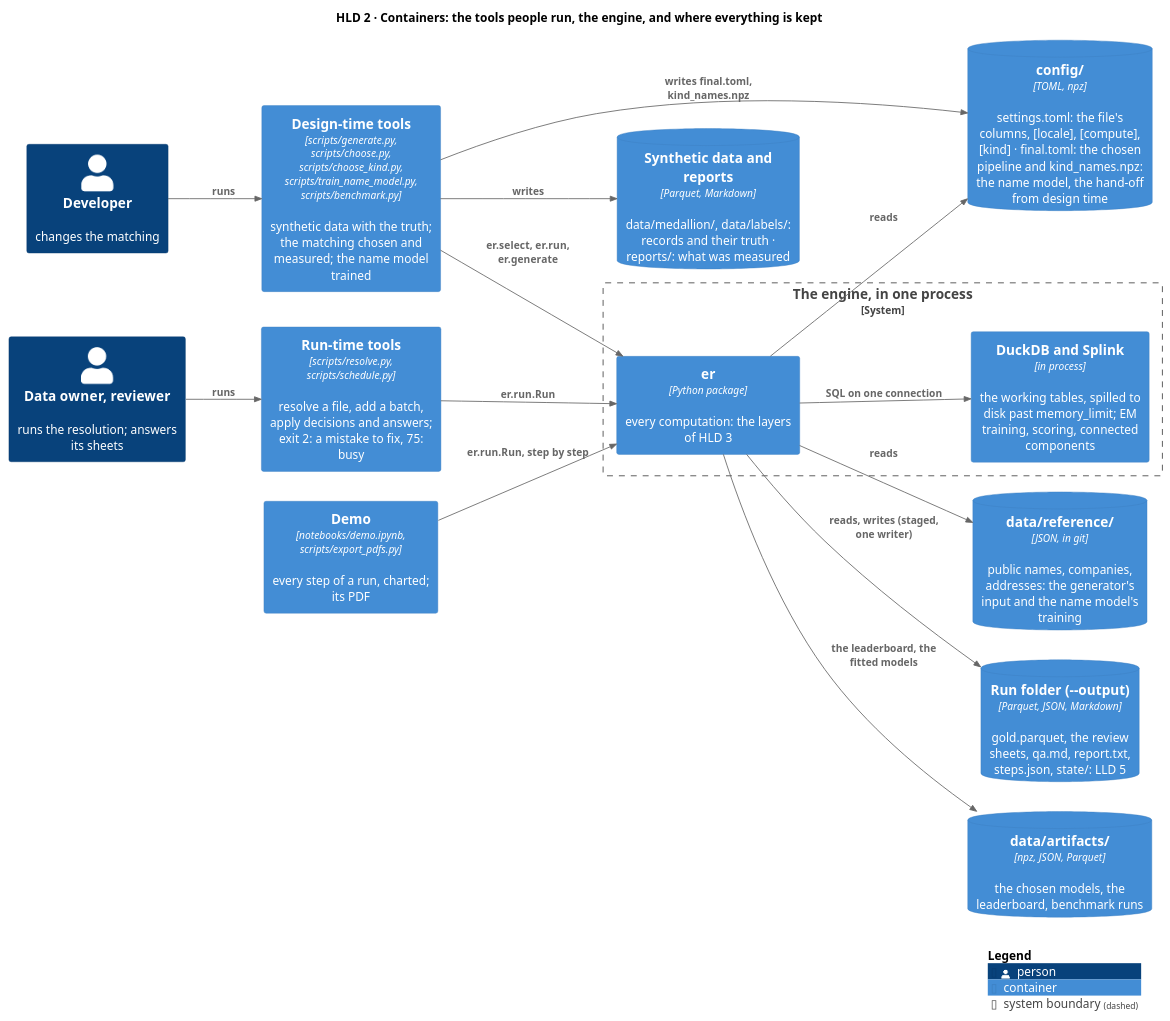
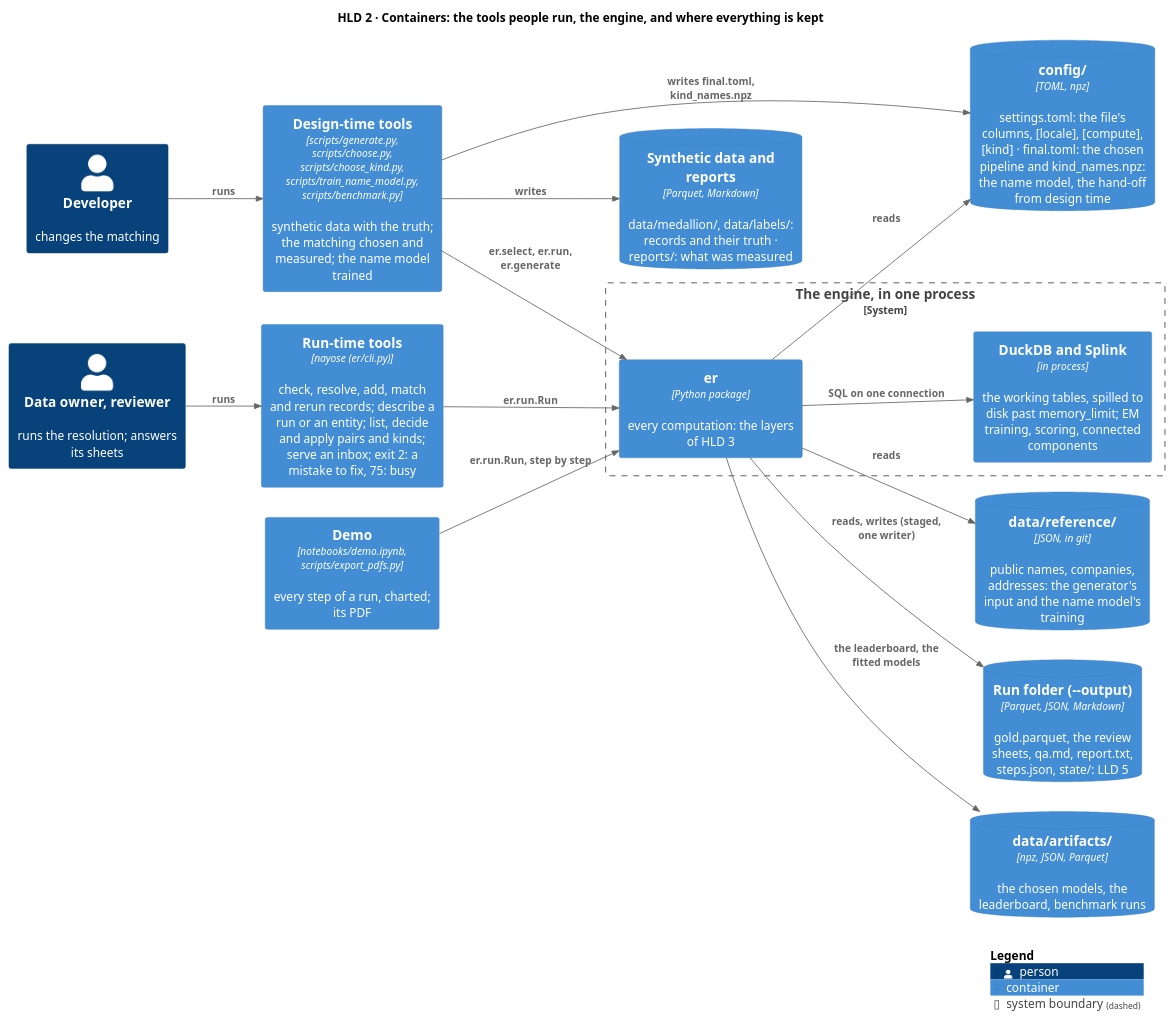
Before and after one commit to mvsbm/entity_matching: the diagram in docs/diagrams/containers.puml, drawn with PlantUML. The commit also changed 48 other files, not shown here.

```diff
--- a/docs/diagrams/containers.puml
+++ b/docs/diagrams/containers.puml
@@ -1,39 +1,39 @@
 @startuml containers
 !include <C4/C4_Container>
 LAYOUT_LEFT_RIGHT()
 HIDE_STEREOTYPE()
 title HLD 2 · Containers: the tools people run, the engine, and where everything is kept
 
 Person(owner, "Data owner, reviewer", "runs the resolution; answers its sheets")
 Person(developer, "Developer", "changes the matching")
 
-Container(runtime, "Run-time tools", "scripts/resolve.py, scripts/schedule.py", "resolve a file, add a batch, apply decisions and answers; exit 2: a mistake to fix, 75: busy")
+Container(runtime, "Run-time tools", "nayose (er/cli.py)", "check, resolve, add, match and rerun records; describe a run or an entity; list, decide and apply pairs and kinds; serve an inbox; exit 2: a mistake to fix, 75: busy")
 Container(designtime, "Design-time tools", "scripts/generate.py, scripts/choose.py, scripts/choose_kind.py, scripts/train_name_model.py, scripts/benchmark.py", "synthetic data with the truth; the matching chosen and measured; the name model trained")
 Container(demo, "Demo", "notebooks/demo.ipynb, scripts/export_pdfs.py", "every step of a run, charted; its PDF")
 
 System_Boundary(engine, "The engine, in one process") {
   Container(er, "er", "Python package", "every computation: the layers of HLD 3")
   Container(duckdb, "DuckDB and Splink", "in process", "the working tables, spilled to disk past memory_limit; EM training, scoring, connected components")
 }
 
 ContainerDb(config, "config/", "TOML, npz", "settings.toml: the file's columns, [locale], [compute], [kind] · final.toml: the chosen pipeline and kind_names.npz: the name model, the hand-off from design time")
 ContainerDb(reference, "data/reference/", "JSON, in git", "public names, companies, addresses: the generator's input and the name model's training")
 ContainerDb(runfolder, "Run folder (~--output)", "Parquet, JSON, Markdown", "gold.parquet, the review sheets, qa.md, report.txt, steps.json, state/: LLD 5")
 ContainerDb(artifacts, "data/artifacts/", "npz, JSON, Parquet", "the chosen models, the leaderboard, benchmark runs")
 ContainerDb(synthetic, "Synthetic data and reports", "Parquet, Markdown", "data/medallion/, data/labels/: records and their truth · reports/: what was measured")
 
 Rel(owner, runtime, "runs")
 Rel(developer, designtime, "runs")
 Rel(runtime, er, "er.run.Run")
 Rel(designtime, er, "er.select, er.run, er.generate")
 Rel(demo, er, "er.run.Run, step by step")
 Rel(er, duckdb, "SQL on one connection")
 Rel(er, config, "reads")
 Rel(er, reference, "reads")
 Rel(er, runfolder, "reads, writes (staged, one writer)")
 Rel(er, artifacts, "the leaderboard, the fitted models")
 Rel(designtime, synthetic, "writes")
 Rel(designtime, config, "writes final.toml, kind_names.npz")
 
 SHOW_LEGEND()
 @enduml
```
